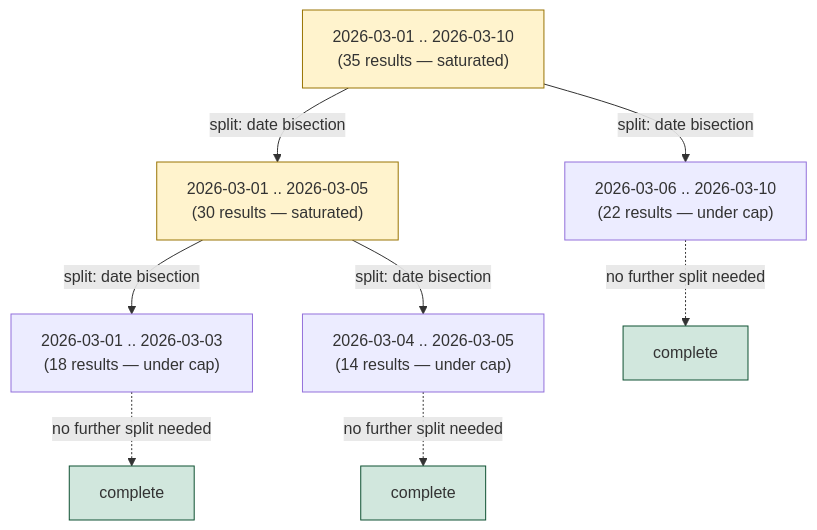
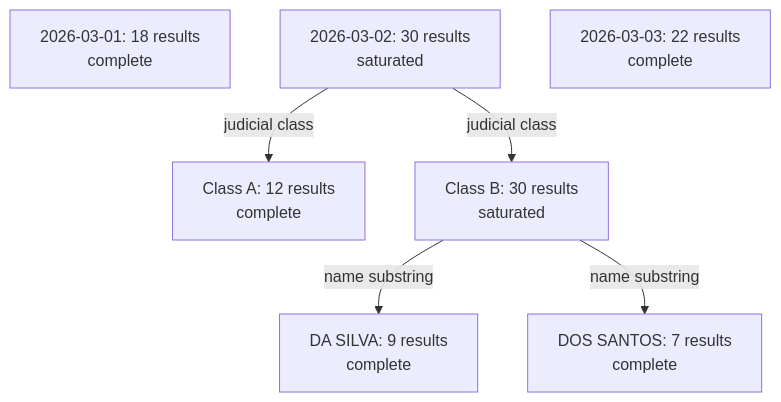
One commit to FelipeS02/scraper-challenge changed the second of 2 diagrams in docs/sweep-flow.md. Above: the diagram before and after it, drawn with Mermaid. The commit also changed other lines of this file and 3 other files, not shown here.

````diff
--- a/docs/sweep-flow.md
+++ b/docs/sweep-flow.md
@@ -96,18 +48,10 @@
 ```mermaid
 flowchart TD
-    R["2026-03-01 .. 2026-03-10<br/>(35 results — saturated)"]
-    R -->|split: date bisection| A["2026-03-01 .. 2026-03-05<br/>(30 results — saturated)"]
-    R -->|split: date bisection| B["2026-03-06 .. 2026-03-10<br/>(22 results — under cap)"]
-
-    A -->|split: date bisection| A1["2026-03-01 .. 2026-03-03<br/>(18 results — under cap)"]
-    A -->|split: date bisection| A2["2026-03-04 .. 2026-03-05<br/>(14 results — under cap)"]
-
-    B -.->|no further split needed| BLEAF[complete]
-    A1 -.->|no further split needed| A1LEAF[complete]
-    A2 -.->|no further split needed| A2LEAF[complete]
-
-    classDef subdivided fill:#fff3cd,stroke:#997404;
-    classDef complete fill:#d1e7dd,stroke:#0f5132;
-    class R,A subdivided
-    class BLEAF,A1LEAF,A2LEAF complete
+    D1["2026-03-01: 18 results<br/>complete"]
+    D2["2026-03-02: 30 results<br/>saturated"]
+    D3["2026-03-03: 22 results<br/>complete"]
+    D2 -->|judicial class| C1["Class A: 12 results<br/>complete"]
+    D2 -->|judicial class| C2["Class B: 30 results<br/>saturated"]
+    C2 -->|name substring| N1["DA SILVA: 9 results<br/>complete"]
+    C2 -->|name substring| N2["DOS SANTOS: 7 results<br/>complete"]
 ```
````
